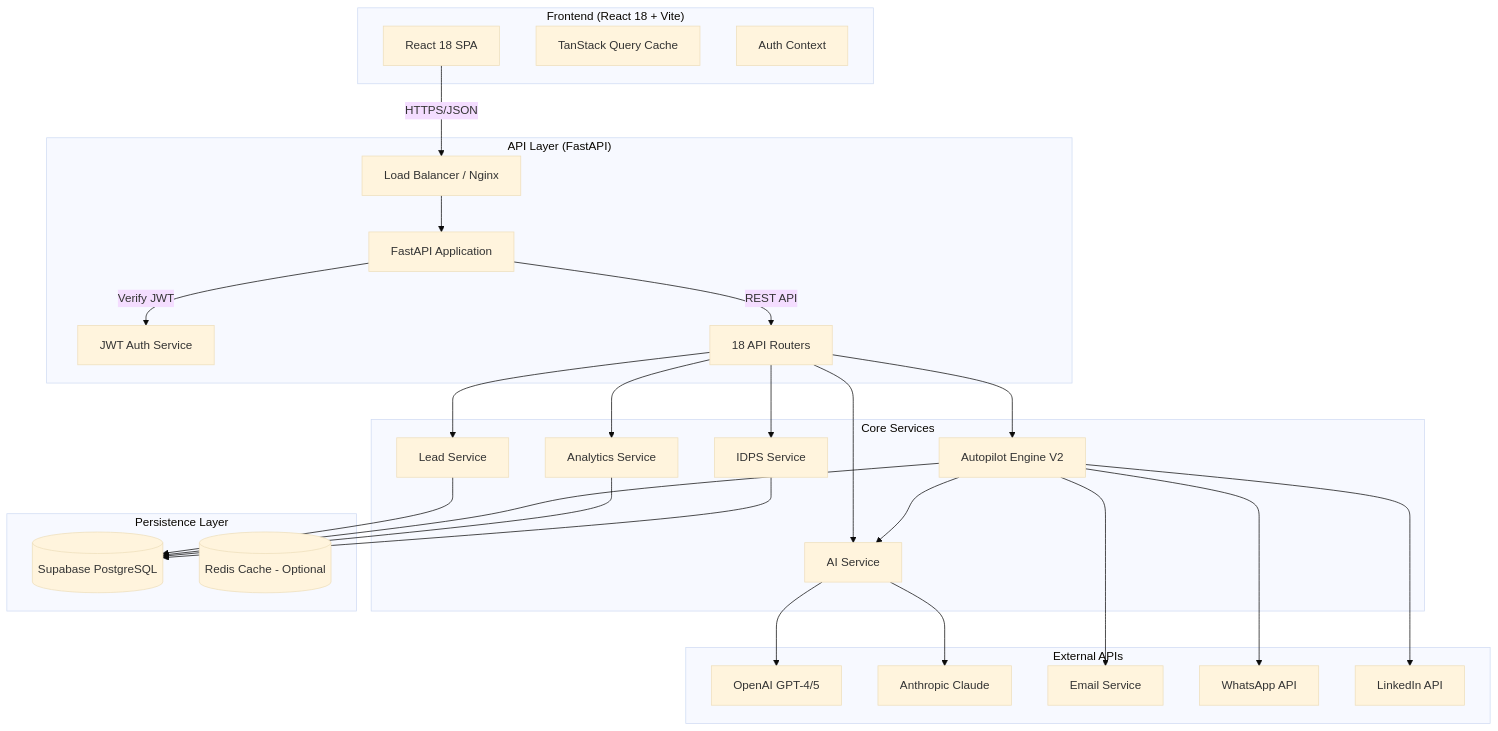
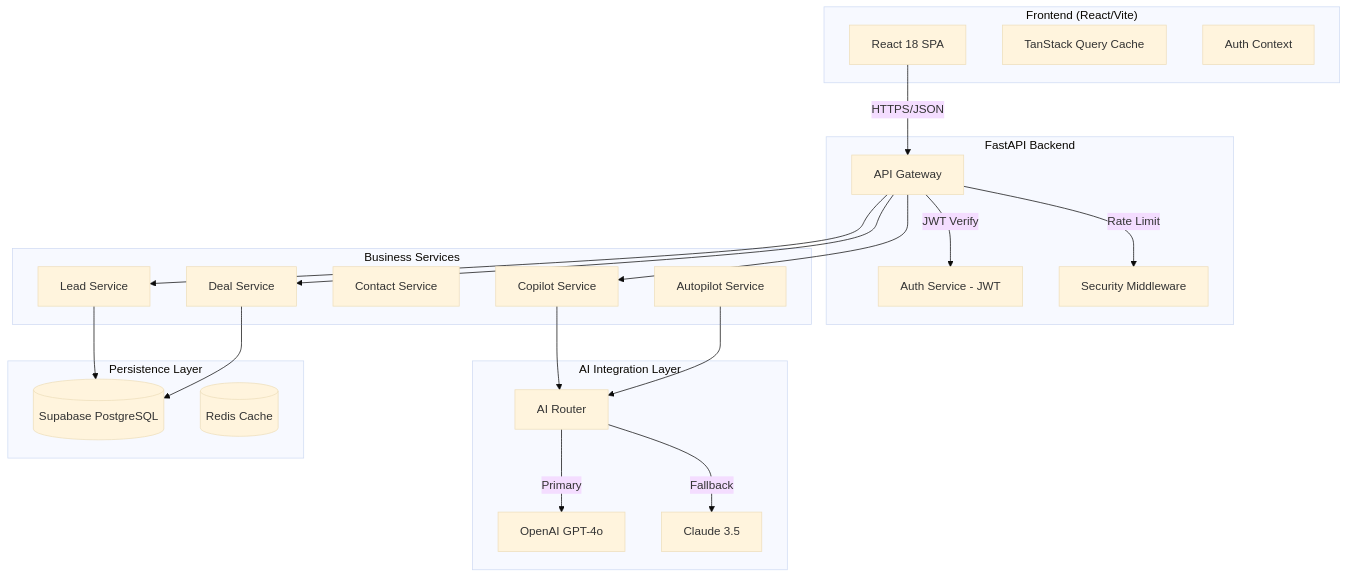
One commit to alexanderlipovics-cell/salesflow-ai changed the first of 3 diagrams in salesflow-ai/docs/developer/architecture.md. Above: the diagram before and after it, drawn with Mermaid (base theme). The commit also changed other lines of this file and 92 other files, not shown here.

First line of the commit message:
feat: Complete Networker MVP - Follow-Up Engine, Lead Hunter, Team Duplication, Mobile Dashboard, Screenshot-to-Lead

````diff
--- a/salesflow-ai/docs/developer/architecture.md
+++ b/salesflow-ai/docs/developer/architecture.md
@@ -11,59 +9,49 @@
 ```mermaid
 graph TD
-    subgraph Client ["Frontend (React 18 + Vite)"]
+    subgraph Client ["Frontend (React/Vite)"]
         UI[React 18 SPA]
         Store[TanStack Query Cache]
         Auth[Auth Context]
     end
 
-    subgraph Backend ["API Layer (FastAPI)"]
-        LB[Load Balancer / Nginx]
-        Gateway[FastAPI Application]
-        AuthService[JWT Auth Service]
-        Routers[18 API Routers]
+    subgraph Backend ["FastAPI Backend"]
+        Gateway[API Gateway]
+        AuthSvc[Auth Service - JWT]
+        Middleware[Security Middleware]
     end
 
-    subgraph Services ["Core Services"]
+    subgraph Services ["Business Services"]
         LeadSvc[Lead Service]
-        AutopilotSvc[Autopilot Engine V2]
-        AISvc[AI Service]
-        AnalyticSvc[Analytics Service]
-        IDPSSvc[IDPS Service]
+        DealSvc[Deal Service]
+        ContactSvc[Contact Service]
+        CopilotSvc[Copilot Service]
+        AutopilotSvc[Autopilot Service]
+    end
+
+    subgraph AI ["AI Integration Layer"]
+        AIRouter[AI Router]
+        OpenAI[OpenAI GPT-4o]
+        Claude[Claude 3.5]
     end
 
     subgraph Data ["Persistence Layer"]
         Supabase[(Supabase PostgreSQL)]
-        Redis[(Redis Cache - Optional)]
+        Redis[(Redis Cache)]
     end
 
-    subgraph External ["External APIs"]
-        OpenAI[OpenAI GPT-4/5]
-        Anthropic[Anthropic Claude]
-        Email[Email Service]
-        WhatsApp[WhatsApp API]
-        LinkedIn[LinkedIn API]
-    end
-
-    UI -->|HTTPS/JSON| LB
-    LB --> Gateway
-    Gateway -->|Verify JWT| AuthService
-    Gateway -->|REST API| Routers
+    UI -->|HTTPS/JSON| Gateway
+    Gateway -->|JWT Verify| AuthSvc
+    Gateway -->|Rate Limit| Middleware
     
-    Routers --> LeadSvc
-    Routers --> AutopilotSvc
-    Routers --> AISvc
-    Routers --> AnalyticSvc
-    Routers --> IDPSSvc
+    Gateway --> LeadSvc
+    Gateway --> DealSvc
+    Gateway --> CopilotSvc
     
     LeadSvc --> Supabase
-    AutopilotSvc --> Supabase
-    AutopilotSvc --> AISvc
-    AISvc --> OpenAI
-    AISvc --> Anthropic
-    AnalyticSvc --> Supabase
-    IDPSSvc --> Supabase
+    DealSvc --> Supabase
+    CopilotSvc --> AIRouter
+    AutopilotSvc --> AIRouter
     
-    AutopilotSvc --> Email
-    AutopilotSvc --> WhatsApp
-    AutopilotSvc --> LinkedIn
+    AIRouter -->|Primary| OpenAI
+    AIRouter -->|Fallback| Claude
 ```
````
